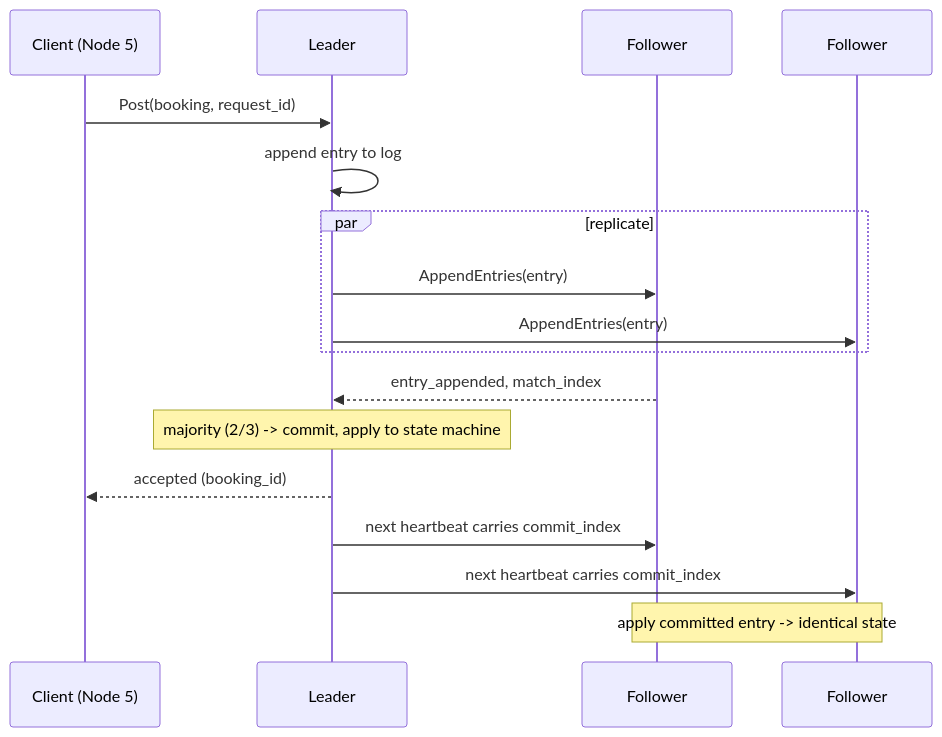
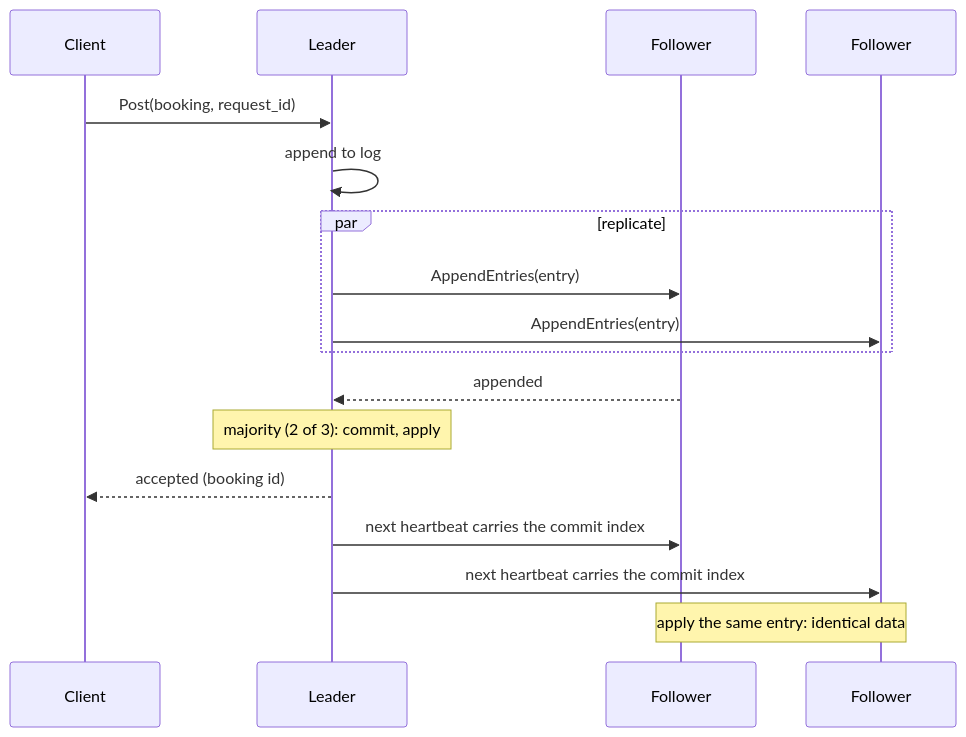
Before and after one commit to PrachitDeshinge-324/Distributed_TicketBooking: the second of 3 diagrams in README.md, drawn with Mermaid. The commit also changed other lines of this file and 12 other files, not shown here.

First line of the commit message:
Smarter booking assistant, per-dose booking rule, same-window node restart

````diff
--- a/README.md
+++ b/README.md
@@ -448,19 +259,19 @@
 ```mermaid
 sequenceDiagram
-    participant C as Client (Node 5)
+    participant C as Client
     participant L as Leader
     participant F1 as Follower
     participant F2 as Follower
     C->>L: Post(booking, request_id)
-    L->>L: append entry to log
+    L->>L: append to log
     par replicate
         L->>F1: AppendEntries(entry)
         L->>F2: AppendEntries(entry)
     end
-    F1-->>L: entry_appended, match_index
-    Note over L: majority (2/3) -> commit, apply to state machine
-    L-->>C: accepted (booking_id)
-    L->>F1: next heartbeat carries commit_index
-    L->>F2: next heartbeat carries commit_index
-    Note over F1,F2: apply committed entry -> identical state
+    F1-->>L: appended
+    Note over L: majority (2 of 3): commit, apply
+    L-->>C: accepted (booking id)
+    L->>F1: next heartbeat carries the commit index
+    L->>F2: next heartbeat carries the commit index
+    Note over F1,F2: apply the same entry: identical data
 ```
````
